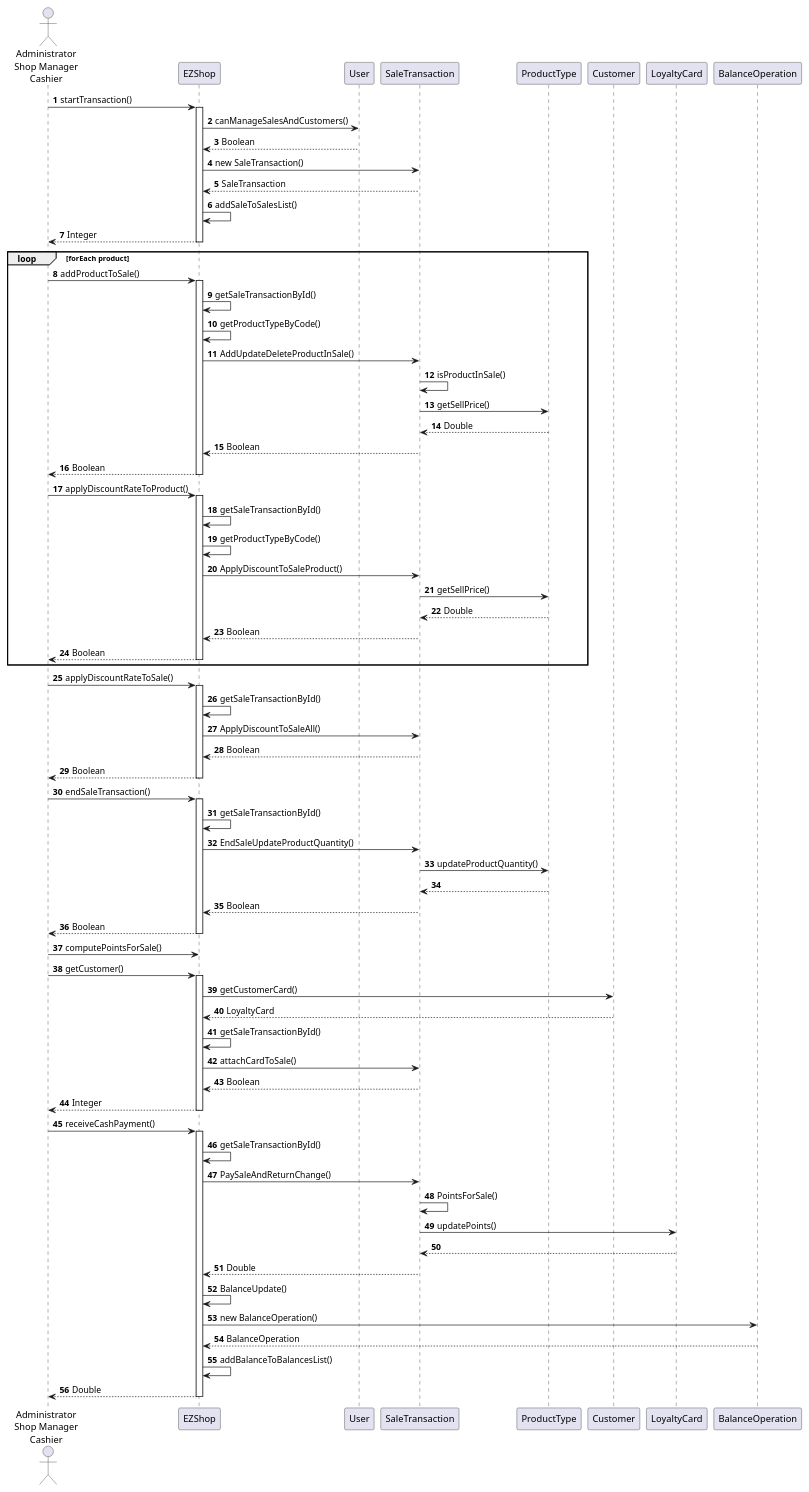
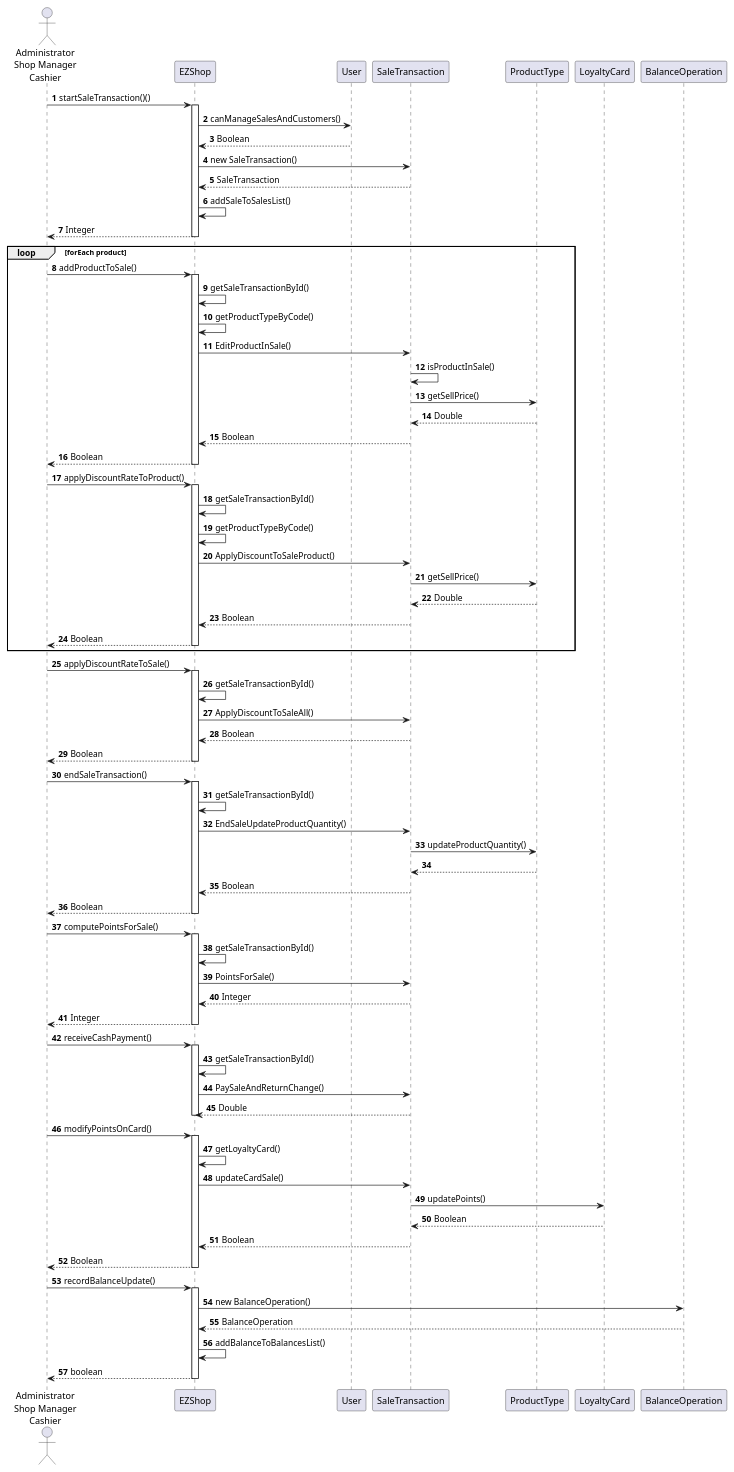
Diagram 14 of 20 in Deliverables/DesignDocument.md (gioele-scaletta/EZShop-Software-Engineering-Project), drawn with PlantUML before and after one commit. The commit also changed other lines of this file, not shown here.

Commit message:
version_1.1

````diff
--- a/Deliverables/DesignDocument.md
+++ b/Deliverables/DesignDocument.md
@@ -490,11 +489,11 @@
 ```plantuml
-scale 0.92
+scale 0.9
 
 actor "Administrator\nShop Manager\nCashier" as user
 
 autonumber
 
-user -> EZShop : startTransaction()
+user -> EZShop : startSaleTransaction()()
 activate  EZShop
 EZShop -> User : canManageSalesAndCustomers()
 EZShop <-- User : Boolean
@@ -511,7 +510,7 @@
     'EZShop <-- User : Boolean
     EZShop -> EZShop : getSaleTransactionById()
     EZShop-> EZShop : getProductTypeByCode()
-    EZShop -> SaleTransaction : AddUpdateDeleteProductInSale()
+    EZShop -> SaleTransaction : EditProductInSale()
     SaleTransaction -> SaleTransaction : isProductInSale()
     SaleTransaction -> ProductType : getSellPrice()
     SaleTransaction <-- ProductType : Double
@@ -557,34 +556,36 @@
 deactivate EZShop
 
 user -> EZShop : computePointsForSale() 
-user -> EZShop : getCustomer()
 activate  EZShop
-'EZShop -> User : canManageSalesAndCustomers()
-'EZShop <-- User : Boolean
-EZShop -> Customer: getCustomerCard()
-EZShop <-- Customer: LoyaltyCard
 EZShop -> EZShop : getSaleTransactionById()
-EZShop -> SaleTransaction : attachCardToSale()
-EZShop <-- SaleTransaction : Boolean
+EZShop -> SaleTransaction : PointsForSale()
+EZShop <-- SaleTransaction : Integer
 user <-- EZShop : Integer
 deactivate EZShop
 
-
 user -> EZShop : receiveCashPayment()
 activate  EZShop
-'EZShop -> User : canManageSalesAndCustomers()
-'EZShop <-- User : Boolean
 EZShop -> EZShop : getSaleTransactionById()
 EZShop -> SaleTransaction : PaySaleAndReturnChange()
-SaleTransaction -> SaleTransaction : PointsForSale()
+EZShop <-- SaleTransaction : Double
+deactivate EZShop
+
+user -> EZShop : modifyPointsOnCard()
+activate EZShop
+EZShop -> EZShop : getLoyaltyCard()
+EZShop -> SaleTransaction : updateCardSale()
 SaleTransaction -> LoyaltyCard : updatePoints()
-SaleTransaction <-- LoyaltyCard
-EZShop <-- SaleTransaction : Double
-EZShop -> EZShop : BalanceUpdate()
+SaleTransaction <-- LoyaltyCard : Boolean
+EZShop <-- SaleTransaction : Boolean
+user <-- EZShop :Boolean
+deactivate EZShop
+
+user -> EZShop : recordBalanceUpdate()
+activate EZShop
 EZShop -> BalanceOperation : new BalanceOperation()
 EZShop <-- BalanceOperation : BalanceOperation
 EZShop -> EZShop : addBalanceToBalancesList()
-user <-- EZShop : Double
+user <-- EZShop : boolean
 deactivate EZShop
 
 ```
````
